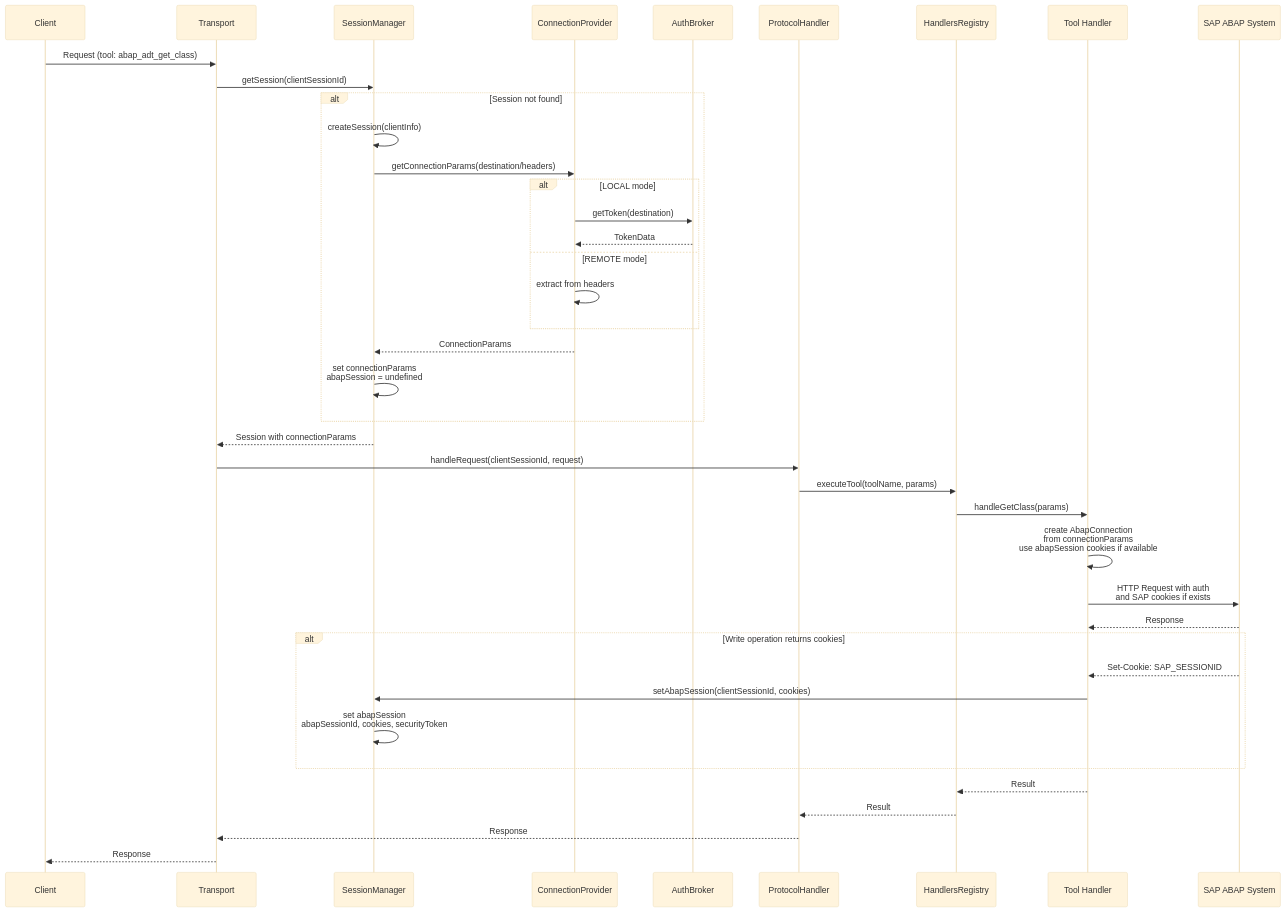
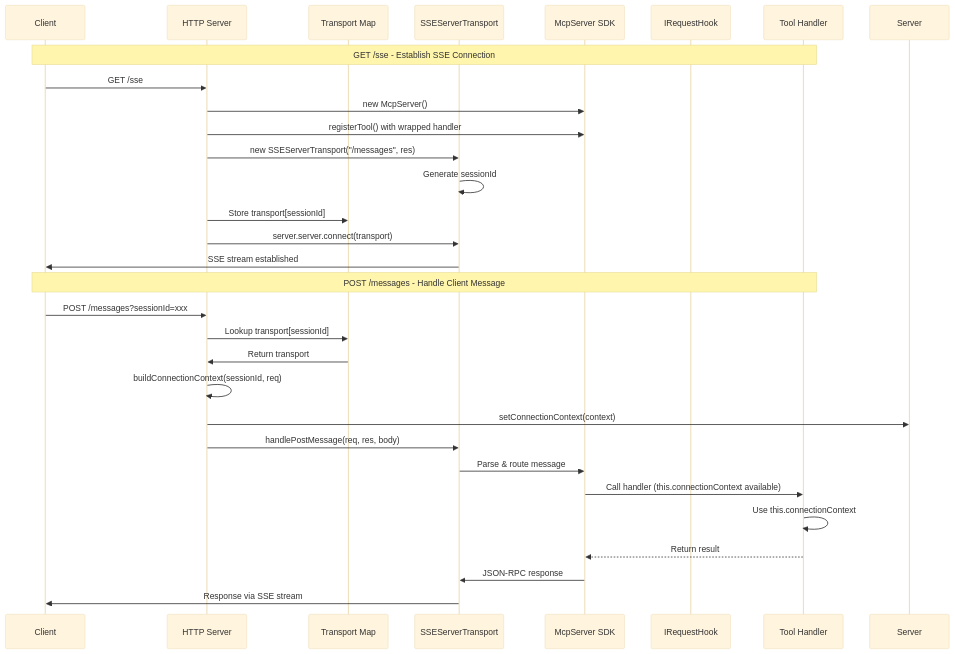
Before and after one commit to fr0ster/mcp-abap-adt: the second of 3 diagrams in src/lib/servers/ARCHITECTURE.md, drawn with Mermaid (base theme). The commit also changed other lines of this file and 1 other file, not shown here.

First line of the commit message:
refactor: update MCP Server architecture documentation and remove obsolete roadmap

````diff
--- a/src/lib/servers/ARCHITECTURE.md
+++ b/src/lib/servers/ARCHITECTURE.md
@@ -555,50 +226,34 @@
 ```mermaid
 sequenceDiagram
     participant Client
-    participant Transport
-    participant SM as SessionManager
-    participant CP as ConnectionProvider
-    participant AB as AuthBroker
-    participant PH as ProtocolHandler
-    participant HR as HandlersRegistry
+    participant HTTP as HTTP Server
+    participant Map as Transport Map
+    participant SSE as SSEServerTransport
+    participant SDK as McpServer SDK
+    participant Hook as IRequestHook
     participant Handler as Tool Handler
-    participant ABAP as SAP ABAP System
     
-    Client->>Transport: Request (tool: abap_adt_get_class)
-    Transport->>SM: getSession(clientSessionId)
+    Note over Client,Handler: GET /sse - Establish SSE Connection
+    Client->>HTTP: GET /sse
+    HTTP->>SDK: new McpServer()
+    HTTP->>SDK: registerTool() with wrapped handler
+    HTTP->>SSE: new SSEServerTransport("/messages", res)
+    SSE->>SSE: Generate sessionId
+    HTTP->>Map: Store transport[sessionId]
+    HTTP->>SSE: server.server.connect(transport)
+    SSE->>Client: SSE stream established
     
-    alt Session not found
-        SM->>SM: createSession(clientInfo)
-        SM->>CP: getConnectionParams(destination/headers)
-        
-        alt LOCAL mode
-            CP->>AB: getToken(destination)
-            AB-->>CP: TokenData
-        else REMOTE mode
-            CP->>CP: extract from headers
-        end
-        
-        CP-->>SM: ConnectionParams
-        SM->>SM: set connectionParams<br/>abapSession = undefined
-    end
-    
-    SM-->>Transport: Session with connectionParams
-    Transport->>PH: handleRequest(clientSessionId, request)
-    PH->>HR: executeTool(toolName, params)
-    HR->>Handler: handleGetClass(params)
-    
-    Handler->>Handler: create AbapConnection<br/>from connectionParams<br/>use abapSession cookies if available
-    Handler->>ABAP: HTTP Request with auth<br/>and SAP cookies if exists
-    ABAP-->>Handler: Response
-    
-    alt Write operation returns cookies
-        ABAP-->>Handler: Set-Cookie: SAP_SESSIONID
-        Handler->>SM: setAbapSession(clientSessionId, cookies)
-        SM->>SM: set abapSession<br/>abapSessionId, cookies, securityToken
-    end
-    
-    Handler-->>HR: Result
-    HR-->>PH: Result
-    PH-->>Transport: Response
-    Transport-->>Client: Response
+    Note over Client,Handler: POST /messages - Handle Client Message
+    Client->>HTTP: POST /messages?sessionId=xxx
+    HTTP->>Map: Lookup transport[sessionId]
+    Map->>HTTP: Return transport
+    HTTP->>HTTP: buildConnectionContext(sessionId, req)
+    HTTP->>Server: setConnectionContext(context)
+    HTTP->>SSE: handlePostMessage(req, res, body)
+    SSE->>SDK: Parse & route message
+    SDK->>Handler: Call handler (this.connectionContext available)
+    Handler->>Handler: Use this.connectionContext
+    Handler-->>SDK: Return result
+    SDK->>SSE: JSON-RPC response
+    SSE->>Client: Response via SSE stream
 ```
````
